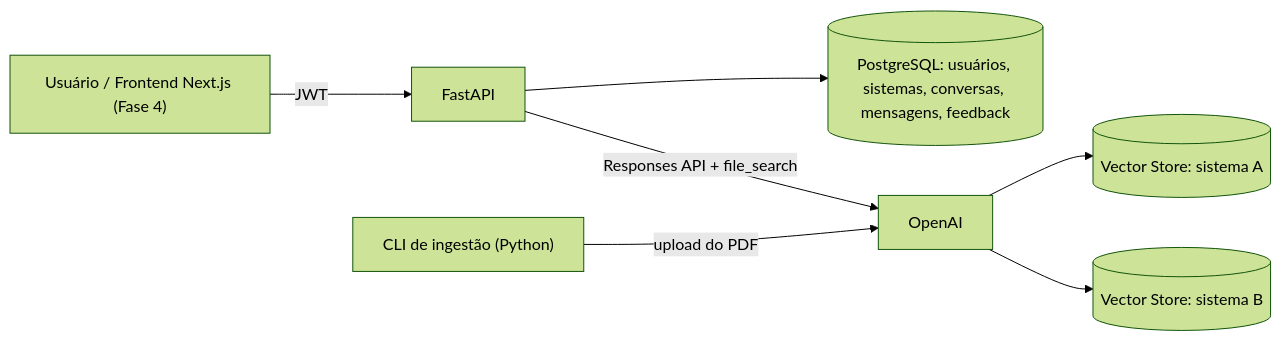
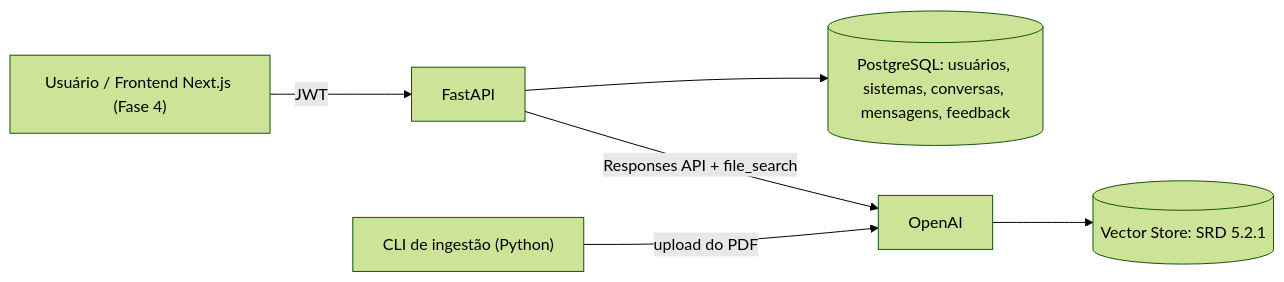
Before and after one commit to pedroirineu5/research-rag-api: the diagram in docs/README.md, drawn with Mermaid (forest theme). The commit also changed other lines of this file and 4 other files, not shown here.

````diff
--- a/docs/README.md
+++ b/docs/README.md
@@ -16,9 +16,8 @@
 ```mermaid
 flowchart LR
     U["Usuário / Frontend Next.js (Fase 4)"] -->|JWT| API["FastAPI"]
     API --> DB[("PostgreSQL: usuários, sistemas, conversas, mensagens, feedback")]
     API -->|"Responses API + file_search"| OAI["OpenAI"]
-    OAI --> VS1[("Vector Store: sistema A")]
-    OAI --> VS2[("Vector Store: sistema B")]
+    OAI --> VS[("Vector Store: SRD 5.2.1")]
     CMD["CLI de ingestão (Python)"] -->|"upload do PDF"| OAI
 ```
````
